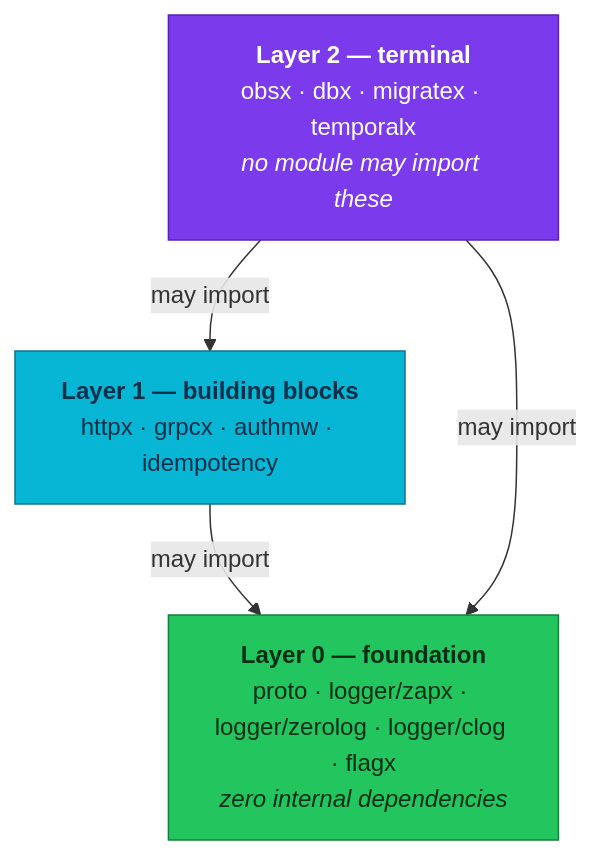
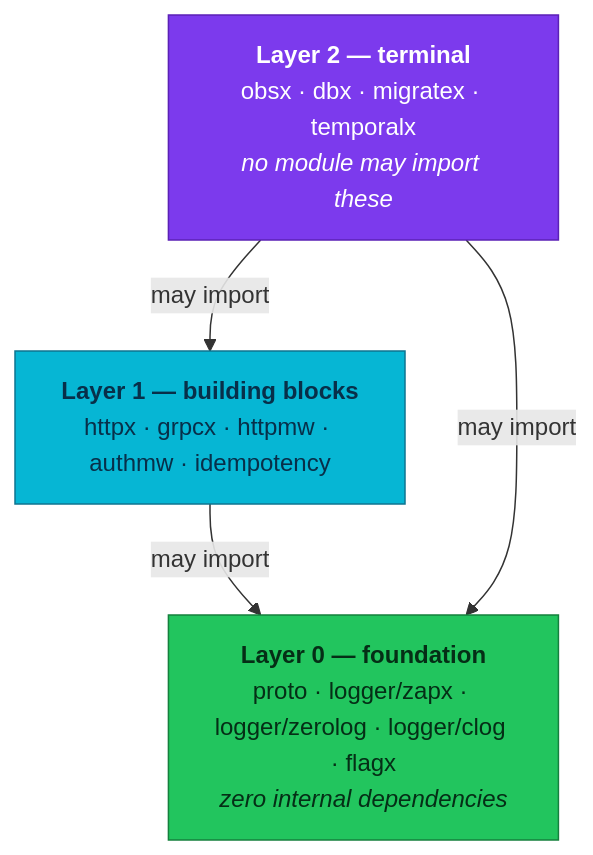
One commit to duynhlab/homelab changed the diagram in docs/api/pkg.md. Above: the diagram before and after it, drawn with Mermaid. The commit also changed other lines of this file and 12 other files, not shown here.

````diff
--- a/docs/api/pkg.md
+++ b/docs/api/pkg.md
@@ -45,16 +45,16 @@
 ```mermaid
 flowchart TD
   L2["<b>Layer 2 — terminal</b><br/>obsx · dbx · migratex · temporalx<br/><i>no module may import these</i>"]
-  L1["<b>Layer 1 — building blocks</b><br/>httpx · grpcx · authmw · idempotency"]
+  L1["<b>Layer 1 — building blocks</b><br/>httpx · grpcx · httpmw · authmw · idempotency"]
   L0["<b>Layer 0 — foundation</b><br/>proto · logger/zapx · logger/zerolog · logger/clog · flagx<br/><i>zero internal dependencies</i>"]
   L2 -->|may import| L1
   L1 -->|may import| L0
   L2 -->|may import| L0
 
   classDef platform fill:#7c3aed,color:#fff,stroke:#5b21b6;
   classDef service fill:#06b6d4,color:#082f49,stroke:#0e7490;
   classDef data fill:#22c55e,color:#052e16,stroke:#15803d;
   class L2 platform;
   class L1 service;
   class L0 data;
 ```
````
